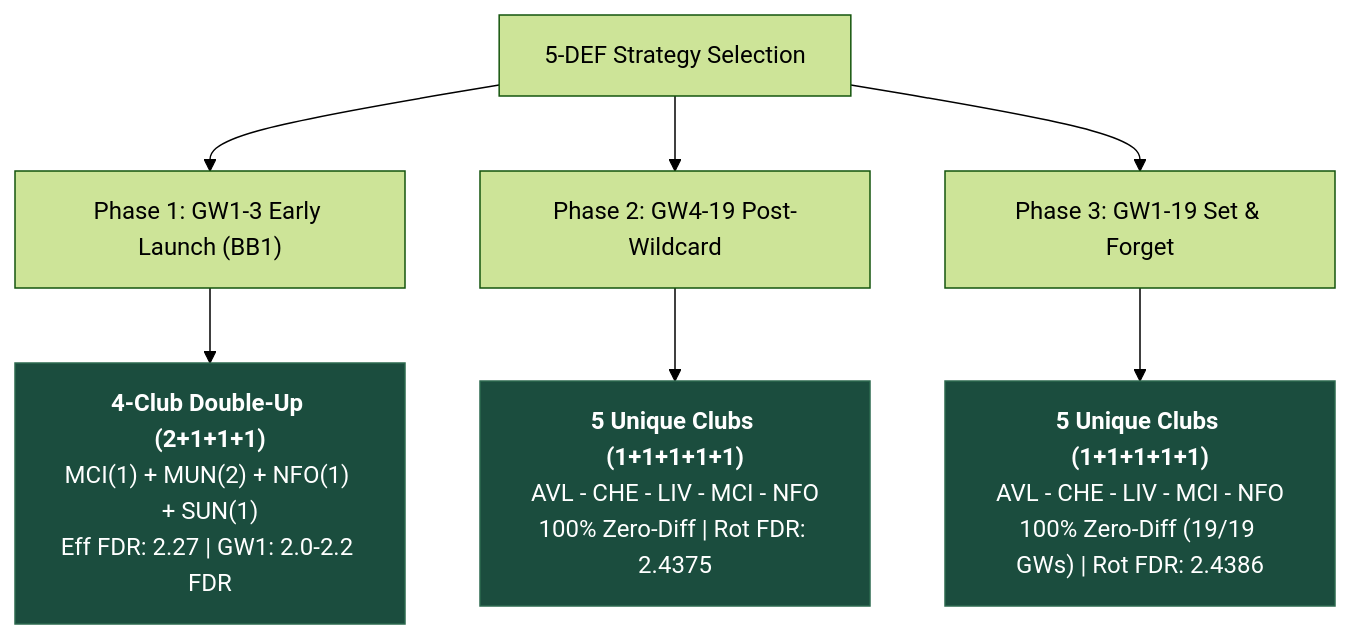
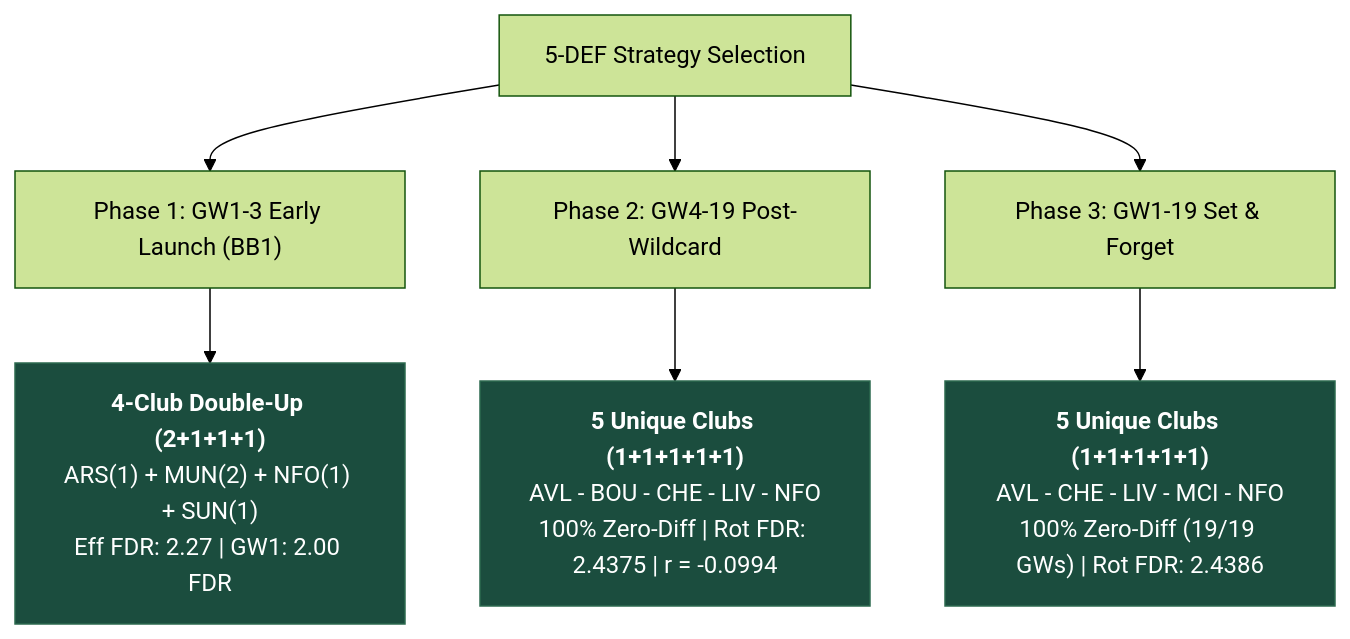
One commit to JubileeZ/fpl-jubilee-ascent changed the first of 2 diagrams in docs/research/def-fixture-rotation/def-fixture-rotation.md. Above: the diagram before and after it, drawn with Mermaid (forest theme). The commit also changed other lines of this file and 9 other files, not shown here.

````diff
--- a/docs/research/def-fixture-rotation/def-fixture-rotation.md
+++ b/docs/research/def-fixture-rotation/def-fixture-rotation.md
@@ -31,14 +43,14 @@
 ```mermaid
 flowchart TD
     Strategy["5-DEF Strategy Selection"] --> Early["Phase 1: GW1-3 Early Launch (BB1)"]
     Strategy --> PostWC["Phase 2: GW4-19 Post-Wildcard"]
     Strategy --> Full["Phase 3: GW1-19 Set & Forget"]
 
-    Early --> EarlyPick["<b>4-Club Double-Up (2+1+1+1)</b><br>MCI(1) + MUN(2) + NFO(1) + SUN(1)<br>Eff FDR: 2.27 | GW1: 2.0-2.2 FDR"]
-    PostWC --> PostWCPick["<b>5 Unique Clubs (1+1+1+1+1)</b><br>AVL - CHE - LIV - MCI - NFO<br>100% Zero-Diff | Rot FDR: 2.4375"]
+    Early --> EarlyPick["<b>4-Club Double-Up (2+1+1+1)</b><br>ARS(1) + MUN(2) + NFO(1) + SUN(1)<br>Eff FDR: 2.27 | GW1: 2.00 FDR"]
+    PostWC --> PostWCPick["<b>5 Unique Clubs (1+1+1+1+1)</b><br>AVL - BOU - CHE - LIV - NFO<br>100% Zero-Diff | Rot FDR: 2.4375 | r = -0.0994"]
     Full --> FullPick["<b>5 Unique Clubs (1+1+1+1+1)</b><br>AVL - CHE - LIV - MCI - NFO<br>100% Zero-Diff (19/19 GWs) | Rot FDR: 2.4386"]
 
     style EarlyPick fill:#1b4d3e,stroke:#2d6a4f,color:#fff
     style PostWCPick fill:#1b4d3e,stroke:#2d6a4f,color:#fff
     style FullPick fill:#1b4d3e,stroke:#2d6a4f,color:#fff
 ```
````
